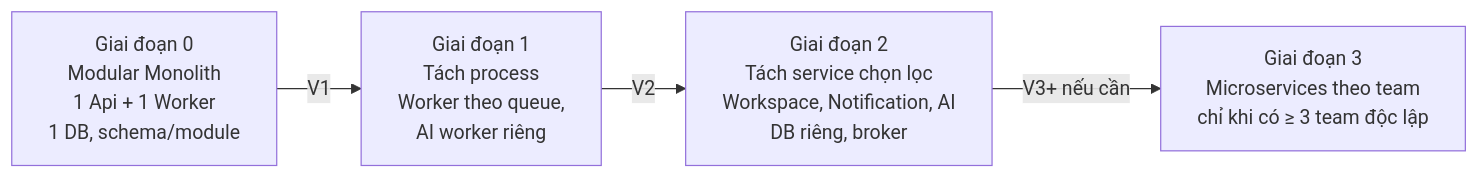
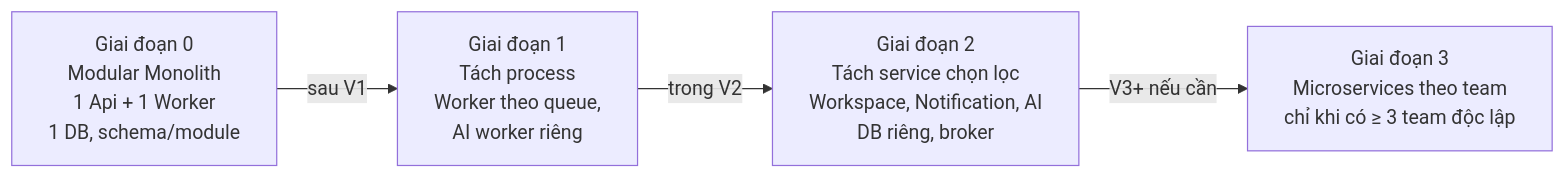
The first of 3 diagrams in docs/06-evolution-strategy.md (CDV00/konnyaku), drawn with Mermaid before and after one commit. The commit also changed other lines of this file and 7 other files, not shown here.

````diff
--- a/docs/06-evolution-strategy.md
+++ b/docs/06-evolution-strategy.md
@@ -9,8 +9,8 @@
 ```mermaid
 flowchart LR
   S0["Giai đoạn 0<br/>Modular Monolith<br/>1 Api + 1 Worker<br/>1 DB, schema/module"]
   S1["Giai đoạn 1<br/>Tách process<br/>Worker theo queue,<br/>AI worker riêng"]
   S2["Giai đoạn 2<br/>Tách service chọn lọc<br/>Workspace, Notification, AI<br/>DB riêng, broker"]
   S3["Giai đoạn 3<br/>Microservices theo team<br/>chỉ khi có ≥ 3 team độc lập"]
-  S0 -->|V1| S1 -->|V2| S2 -->|V3+ nếu cần| S3
+  S0 -->|sau V1| S1 -->|trong V2| S2 -->|V3+ nếu cần| S3
 ```
````
